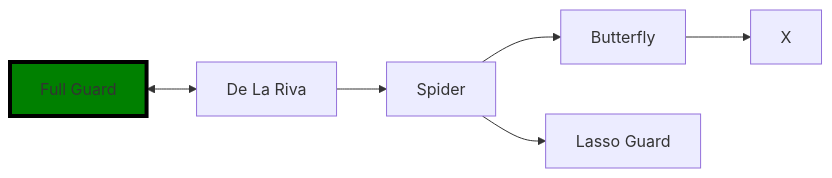
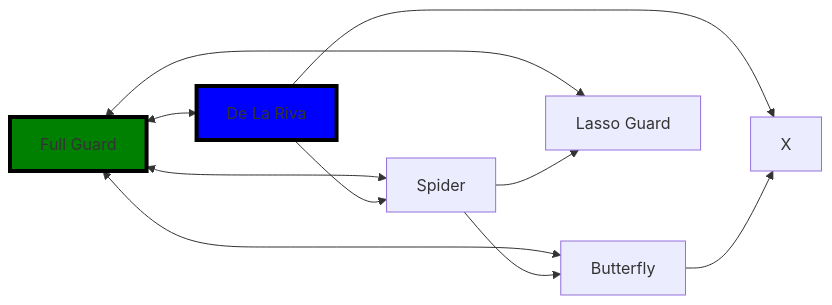
One commit to jacgit18/DevHiveMind changed the diagram in _BJJ/Guards Directory.md. Above: the diagram before and after it, drawn with Mermaid.

Commit message:
M "_BJJ/Guards Directory.md"

````diff
--- a/_BJJ/Guards Directory.md
+++ b/_BJJ/Guards Directory.md
@@ -18,16 +18,24 @@
 ``` mermaid
 flowchart LR
     A[Full Guard] 
     B[De La Riva] 
     C[Spider]
     D[Butterfly]
     E[X]
     F[Lasso Guard]
 
     A <--> B
-    style A fill:green,stroke:black,stroke-width:4px,shadow:shadow
+    A <--> C
+    A <--> D
+    A <--> F
     B --> C
+    B --> E
     C --> D
     C --> F
 	D --> E
+
+    style A fill:green,stroke:black,stroke-width:4px,shadow:shadow
+
+    style B fill:blue,stroke:black,stroke-width:4px,shadow:shadow
+    
 ```
````
